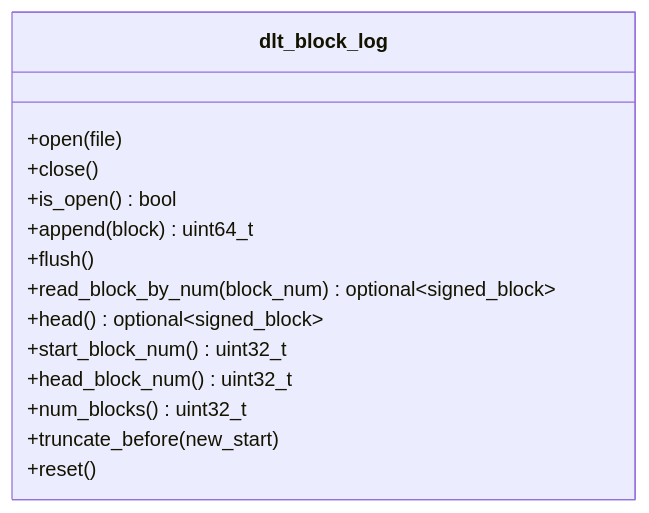
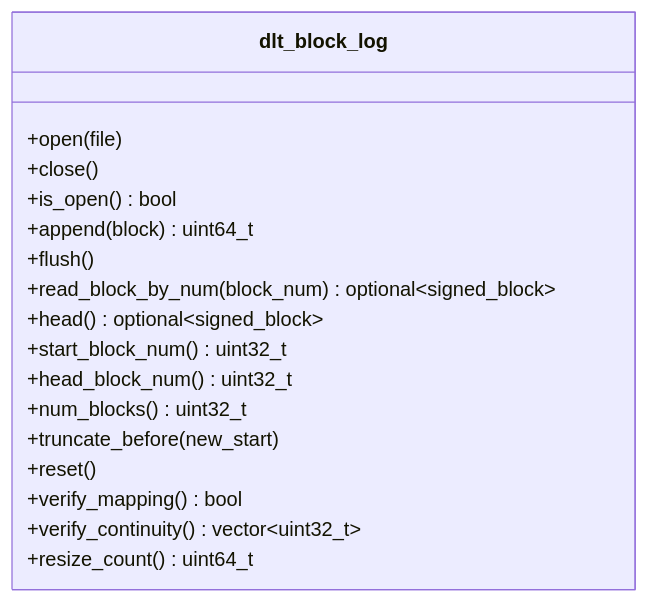
The third of 20 diagrams in .qoder/repowiki/en/content/Architecture Overview/Core Libraries/Chain Library/Database Management/DLT Rolling Block Log.md (VIZ-Blockchain/viz-cpp-node), drawn with Mermaid before and after one commit. The commit also changed other lines of this file and 7 other files, not shown here.

````diff
--- a/.qoder/repowiki/en/content/Architecture Overview/Core Libraries/Chain Library/Database Management/DLT Rolling Block Log.md
+++ b/.qoder/repowiki/en/content/Architecture Overview/Core Libraries/Chain Library/Database Management/DLT Rolling Block Log.md
@@ -230,17 +240,20 @@
 ```mermaid
 classDiagram
 class dlt_block_log {
 +open(file)
 +close()
 +is_open() bool
 +append(block) uint64_t
 +flush()
 +read_block_by_num(block_num) optional~signed_block~
 +head() optional~signed_block~
 +start_block_num() uint32_t
 +head_block_num() uint32_t
 +num_blocks() uint32_t
 +truncate_before(new_start)
 +reset()
++verify_mapping() bool
++verify_continuity() vector~uint32_t~
++resize_count() uint64_t
 }
 ```
````
